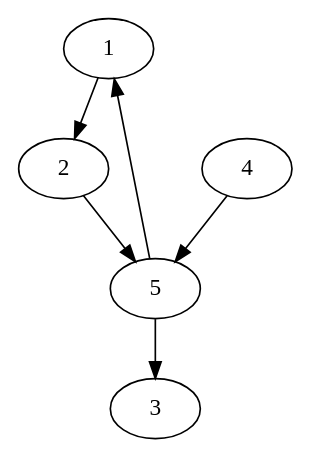
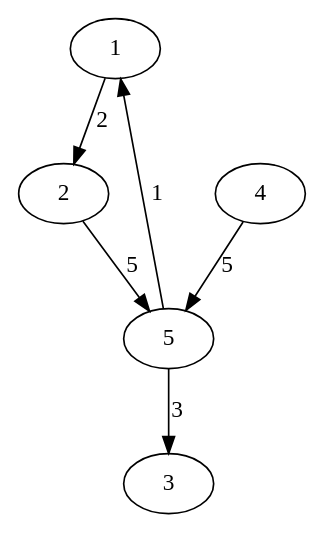
One commit to Igor-Fam/trabalho-grafos changed the diagram in src/arquivo.dot. Above: the diagram before and after it, drawn with Graphviz. The commit also changed 11 other files, not shown here.

```diff
--- a/src/arquivo.dot
+++ b/src/arquivo.dot
@@ -1,7 +1,7 @@
 digraph G{
-1 -> 2
-2 -> 5
-4 -> 5
-5 -> 1
-5 -> 3
+1 -> 2 [label=2]
+2 -> 5 [label=5]
+4 -> 5 [label=5]
+5 -> 1 [label=1]
+5 -> 3 [label=3]
 }
```
